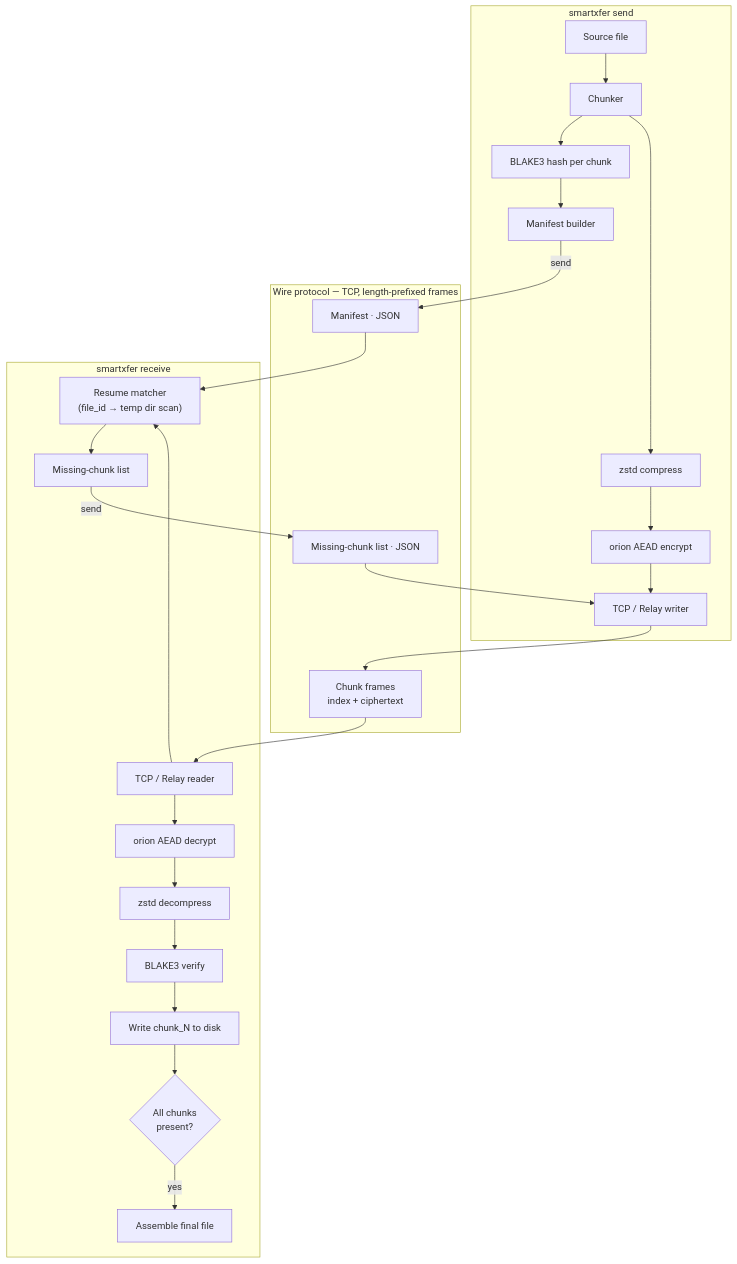
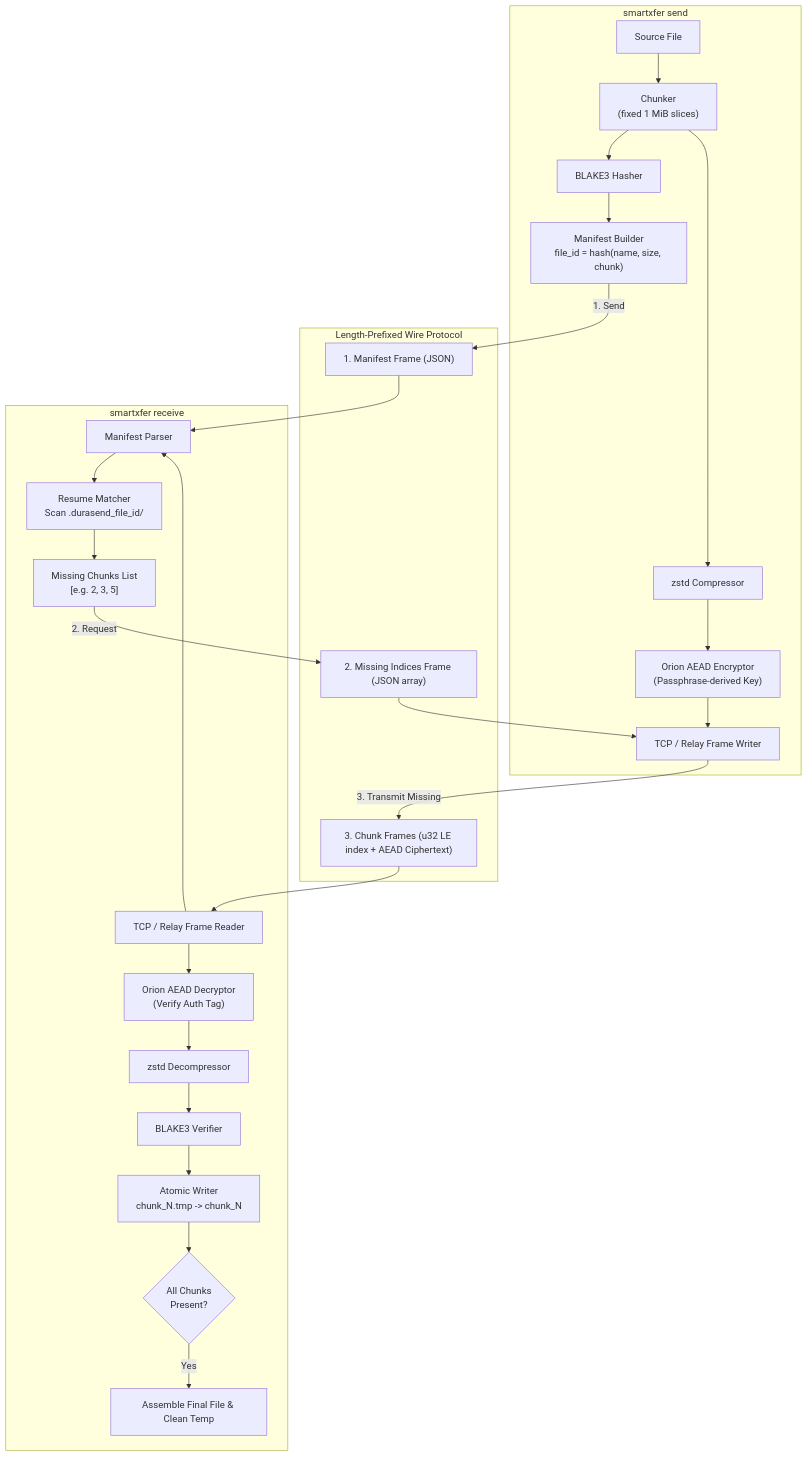
The second of 6 diagrams in README.md (Sonalhegde/durasend), drawn with Mermaid before and after one commit. The commit also changed other lines of this file, not shown here.

Commit message:
docs: enrich README.md with comprehensive flowcharts, network topologies, wire protocol specs, and instruction guides

````diff
--- a/README.md
+++ b/README.md
@@ -121,35 +85,36 @@
 ```mermaid
 flowchart TB
     subgraph Sender["smartxfer send"]
-        A[Source file] --> B[Chunker]
-        B --> C[BLAKE3 hash per chunk]
-        C --> D[Manifest builder]
-        B --> E[zstd compress]
-        E --> F[orion AEAD encrypt]
-        F --> G[TCP / Relay writer]
+        S1["Source File"] --> S2["Chunker<br/>(fixed 1 MiB slices)"]
+        S2 --> S3["BLAKE3 Hasher"]
+        S3 --> S4["Manifest Builder<br/>file_id = hash(name, size, chunk)"]
+        S2 --> S5["zstd Compressor"]
+        S5 --> S6["Orion AEAD Encryptor<br/>(Passphrase-derived Key)"]
+        S6 --> S7["TCP / Relay Frame Writer"]
     end
 
-    subgraph Wire["Wire protocol — TCP, length-prefixed frames"]
-        H1["Manifest · JSON"]
-        H2["Missing-chunk list · JSON"]
-        H3["Chunk frames<br/>index + ciphertext"]
+    subgraph Wire["Length-Prefixed Wire Protocol"]
+        W1["1. Manifest Frame (JSON)"]
+        W2["2. Missing Indices Frame (JSON array)"]
+        W3["3. Chunk Frames (u32 LE index + AEAD Ciphertext)"]
     end
 
     subgraph Receiver["smartxfer receive"]
-        I[TCP / Relay reader] --> J["Resume matcher<br/>(file_id → temp dir scan)"]
-        J --> K[Missing-chunk list]
-        I --> L[orion AEAD decrypt]
-        L --> M[zstd decompress]
-        M --> N[BLAKE3 verify]
-        N --> O[Write chunk_N to disk]
-        O --> P{"All chunks<br/>present?"}
-        P -- yes --> Q[Assemble final file]
+        R1["TCP / Relay Frame Reader"] --> R2["Manifest Parser"]
+        R2 --> R3["Resume Matcher<br/>Scan .durasend_file_id/"]
+        R3 --> R4["Missing Chunks List<br/>[e.g. 2, 3, 5]"]
+        R1 --> R5["Orion AEAD Decryptor<br/>(Verify Auth Tag)"]
+        R5 --> R6["zstd Decompressor"]
+        R6 --> R7["BLAKE3 Verifier"]
+        R7 --> R8["Atomic Writer<br/>chunk_N.tmp -> chunk_N"]
+        R8 --> R9{"All Chunks<br/>Present?"}
+        R9 -- Yes --> R10["Assemble Final File & Clean Temp"]
     end
 
-    D -- send --> H1
-    H1 --> J
-    K -- send --> H2
-    H2 --> G
-    G --> H3
-    H3 --> I
+    S4 -- "1. Send" --> W1
+    W1 --> R2
+    R4 -- "2. Request" --> W2
+    W2 --> S7
+    S7 -- "3. Transmit Missing" --> W3
+    W3 --> R1
 ```
````
